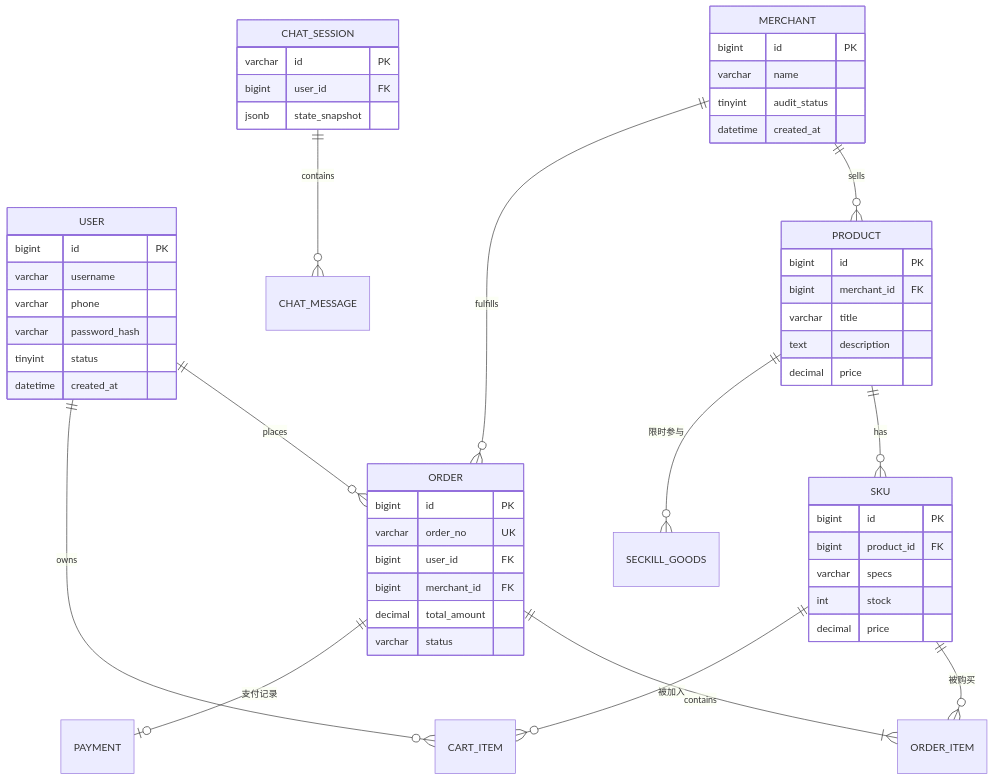
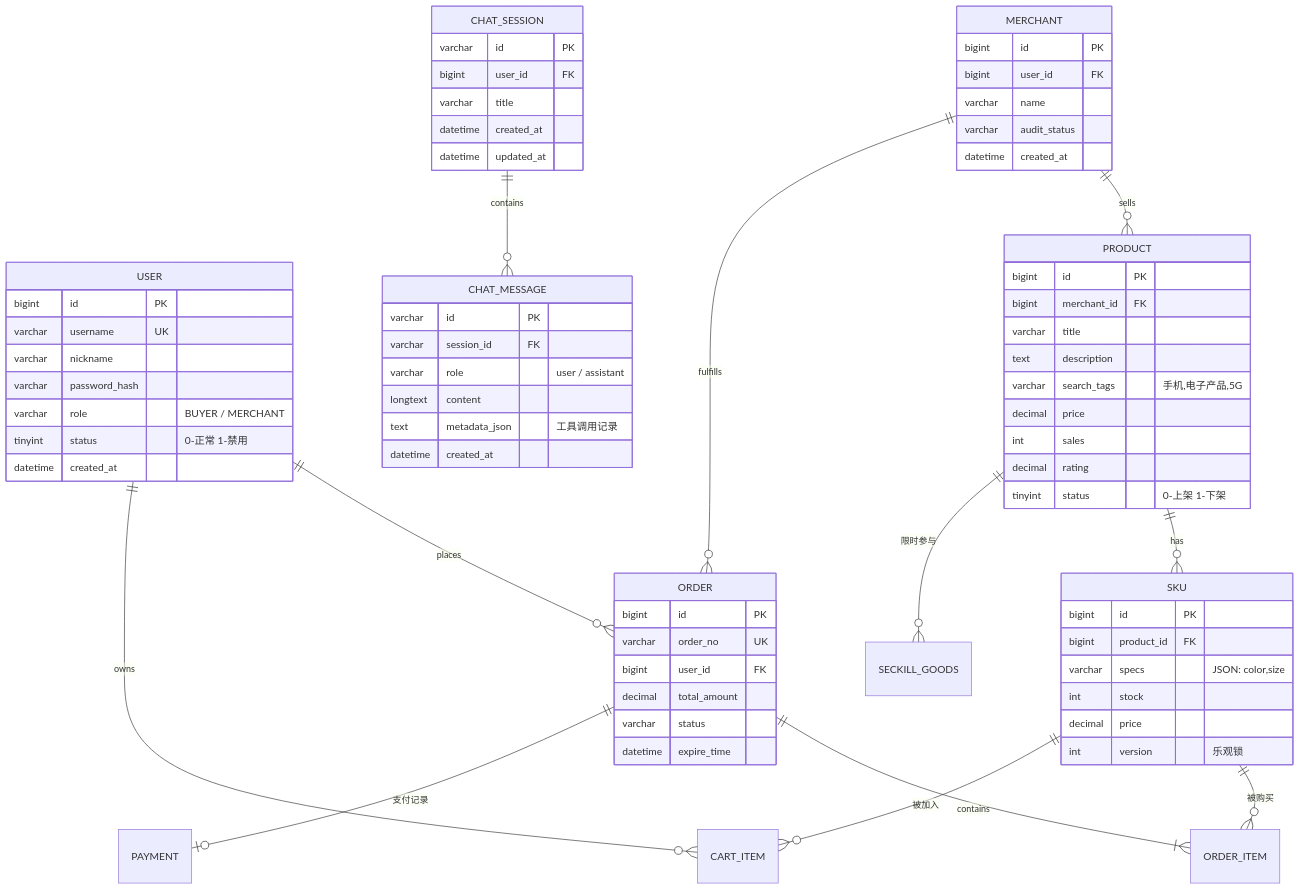
Before and after one commit to FranXx827/personal: the sixth of 6 diagrams in README.md, drawn with Mermaid. The commit also changed other lines of this file and 1 other file, not shown here.

Commit message:
全面优化 README 文档架构图和内容说明

````diff
--- a/README.md
+++ b/README.md
@@ -164,56 +174,73 @@
 ```mermaid
 erDiagram
     USER ||--o{ ORDER : places
     USER ||--o{ CART_ITEM : owns
     MERCHANT ||--o{ PRODUCT : sells
     MERCHANT ||--o{ ORDER : fulfills
     PRODUCT ||--o{ SKU : has
     PRODUCT ||--o{ SECKILL_GOODS : "限时参与"
     SKU ||--o{ ORDER_ITEM : "被购买"
     SKU ||--o{ CART_ITEM : "被加入"
     ORDER ||--|{ ORDER_ITEM : contains
     ORDER ||--o| PAYMENT : "支付记录"
     CHAT_SESSION ||--o{ CHAT_MESSAGE : contains
 
     USER {
         bigint id PK
-        varchar username
-        varchar phone
+        varchar username UK
+        varchar nickname
         varchar password_hash
-        tinyint status
+        varchar role "BUYER / MERCHANT"
+        tinyint status "0-正常 1-禁用"
         datetime created_at
     }
     MERCHANT {
         bigint id PK
+        bigint user_id FK
         varchar name
-        tinyint audit_status
+        varchar audit_status
         datetime created_at
     }
     PRODUCT {
         bigint id PK
         bigint merchant_id FK
         varchar title
         text description
+        varchar search_tags "手机,电子产品,5G"
         decimal price
+        int sales
+        decimal rating
+        tinyint status "0-上架 1-下架"
     }
     SKU {
         bigint id PK
         bigint product_id FK
-        varchar specs
+        varchar specs "JSON: color,size"
         int stock
         decimal price
+        int version "乐观锁"
     }
     ORDER {
         bigint id PK
         varchar order_no UK
         bigint user_id FK
-        bigint merchant_id FK
         decimal total_amount
         varchar status
+        datetime expire_time
     }
     CHAT_SESSION {
         varchar id PK
         bigint user_id FK
-        jsonb state_snapshot
+        varchar title
+        datetime created_at
+        datetime updated_at
+    }
+    CHAT_MESSAGE {
+        varchar id PK
+        varchar session_id FK
+        varchar role "user / assistant"
+        longtext content
+        text metadata_json "工具调用记录"
+        datetime created_at
     }
 ```
````
